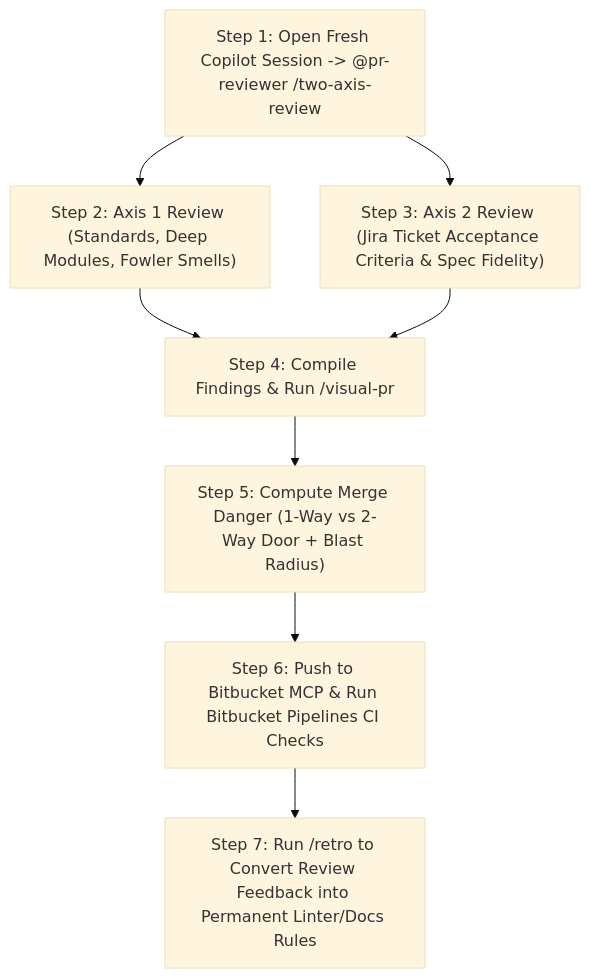
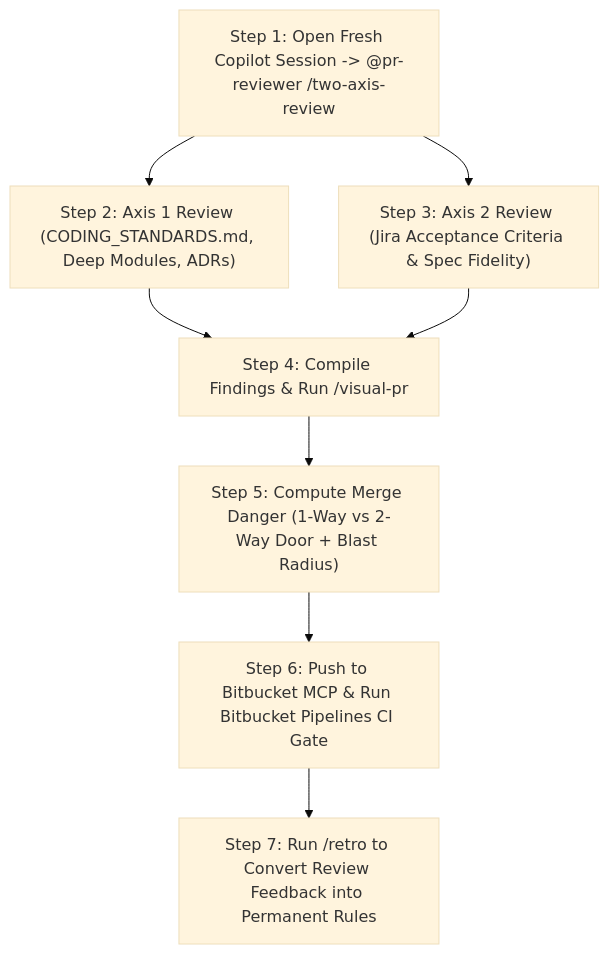
One commit to bpoti001/software-factory changed the fifth of 6 diagrams in README.md. Above: the diagram before and after it, drawn with Mermaid (base theme). The commit also changed other lines of this file and 6 other files, not shown here.

````diff
--- a/README.md
+++ b/README.md
@@ -207,12 +278,12 @@
 ```mermaid
 flowchart TD
-    S1["Step 1: Open Fresh Copilot Session -> @pr-reviewer /two-axis-review"] --> S2["Step 2: Axis 1 Review (Standards, Deep Modules, Fowler Smells)"]
-    S1 --> S3["Step 3: Axis 2 Review (Jira Ticket Acceptance Criteria & Spec Fidelity)"]
+    S1["Step 1: Open Fresh Copilot Session -> @pr-reviewer /two-axis-review"] --> S2["Step 2: Axis 1 Review (CODING_STANDARDS.md, Deep Modules, ADRs)"]
+    S1 --> S3["Step 3: Axis 2 Review (Jira Acceptance Criteria & Spec Fidelity)"]
     
     S2 --> S4["Step 4: Compile Findings & Run /visual-pr"]
     S3 --> S4
     
     S4 --> S5["Step 5: Compute Merge Danger (1-Way vs 2-Way Door + Blast Radius)"]
-    S5 --> S6["Step 6: Push to Bitbucket MCP & Run Bitbucket Pipelines CI Checks"]
-    S6 --> S7["Step 7: Run /retro to Convert Review Feedback into Permanent Linter/Docs Rules"]
+    S5 --> S6["Step 6: Push to Bitbucket MCP & Run Bitbucket Pipelines CI Gate"]
+    S6 --> S7["Step 7: Run /retro to Convert Review Feedback into Permanent Rules"]
 ```
````
